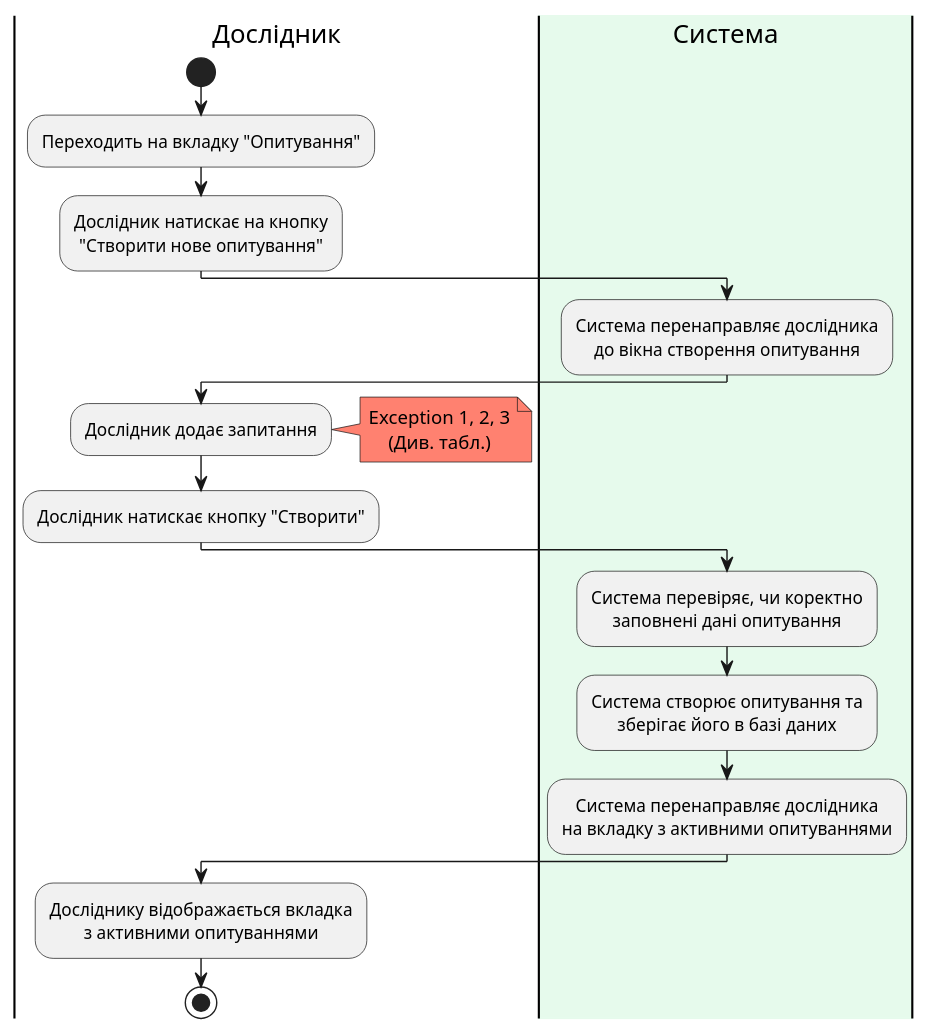
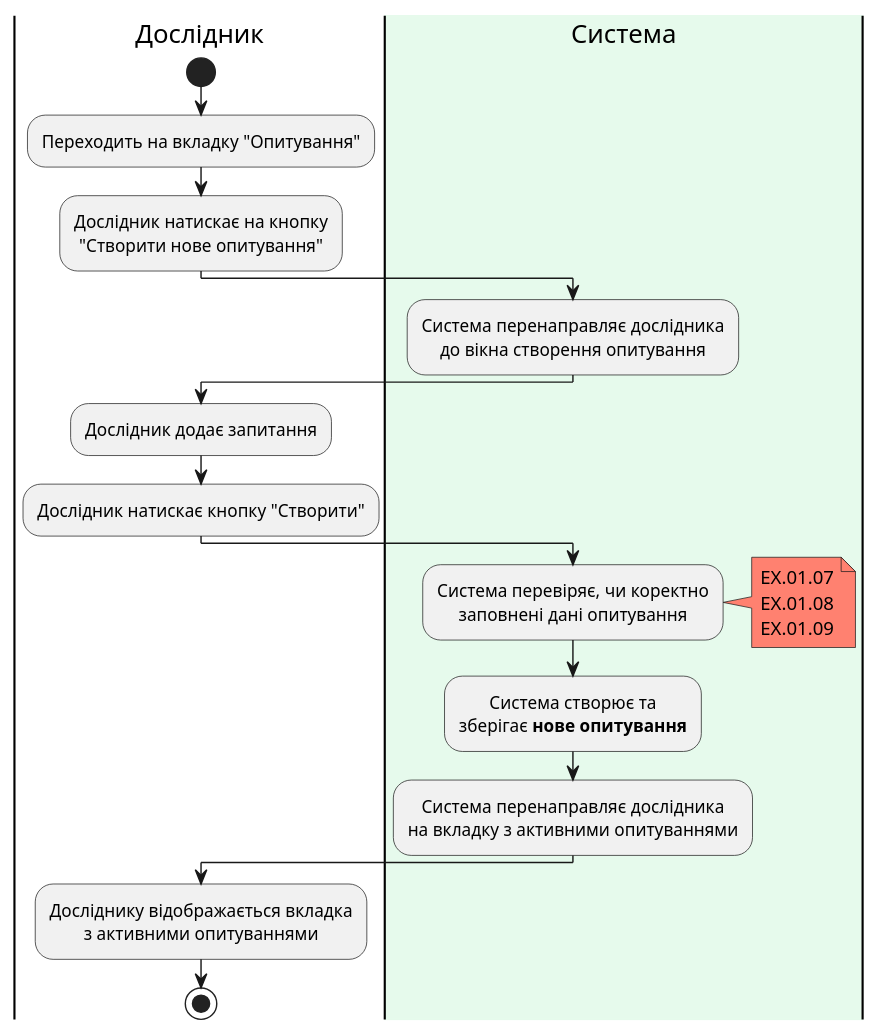
The ninth of 16 diagrams in docs/use_cases.md (generalmaks/db_labs), drawn with PlantUML before and after one commit. The commit also changed other lines of this file, not shown here.

Commit message:
Update activity diagram of CreateSurvey

````diff
--- a/docs/use_cases.md
+++ b/docs/use_cases.md
@@ -467,31 +467,32 @@
 ```plantuml
 @startuml
 |Дослідник|
 start
 skinparam defaultTextAlignment center
 :Переходить на вкладку "Опитування";
 :Дослідник натискає на кнопку 
 "Створити нове опитування";
 |#e6faec|Система|
 :Система перенаправляє дослідника 
 до вікна створення опитування;
 |Дослідник|
 :Дослідник додає запитання;
-note right #ff8170
-Exception 1, 2, 3
-(Див. табл.)
-end note
 :Дослідник натискає кнопку "Створити";
 |#e6faec|Система|
 :Система перевіряє, чи коректно 
 заповнені дані опитування;
-:Система створює опитування та 
-зберігає його в базі даних;
+note right #ff8170
+EX.01.07
+EX.01.08
+EX.01.09
+end note
+:Система створює та 
+зберігає **нове опитування**;
 :Система перенаправляє дослідника 
 на вкладку з активними опитуваннями;
 |Дослідник|
 :Досліднику відображається вкладка 
 з активними опитуваннями;
 stop
 @enduml
 ```
````
